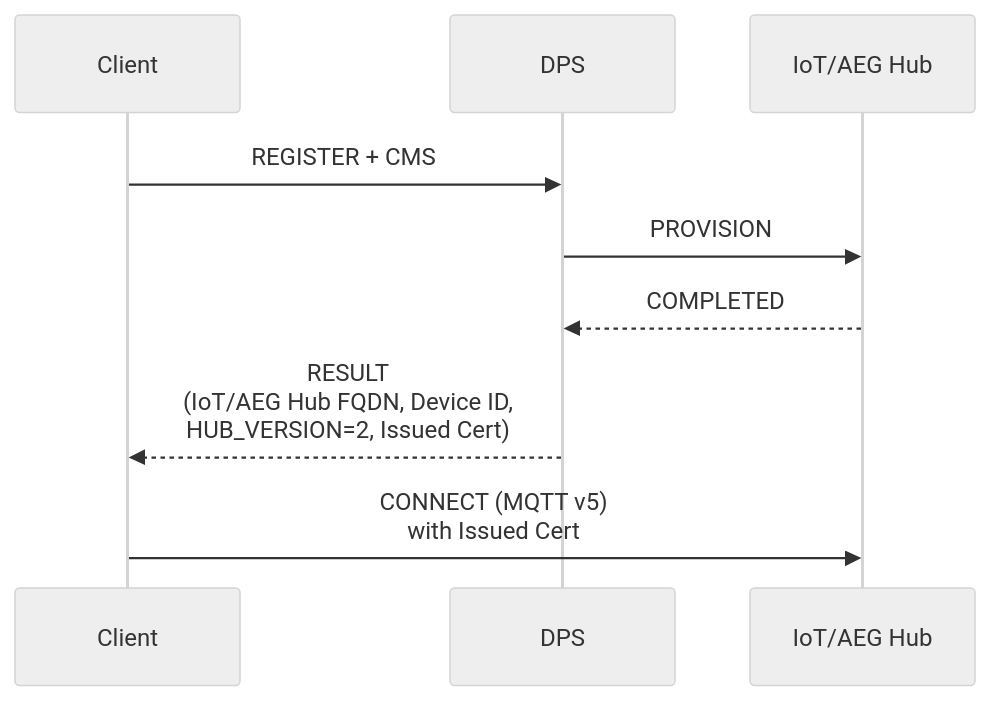
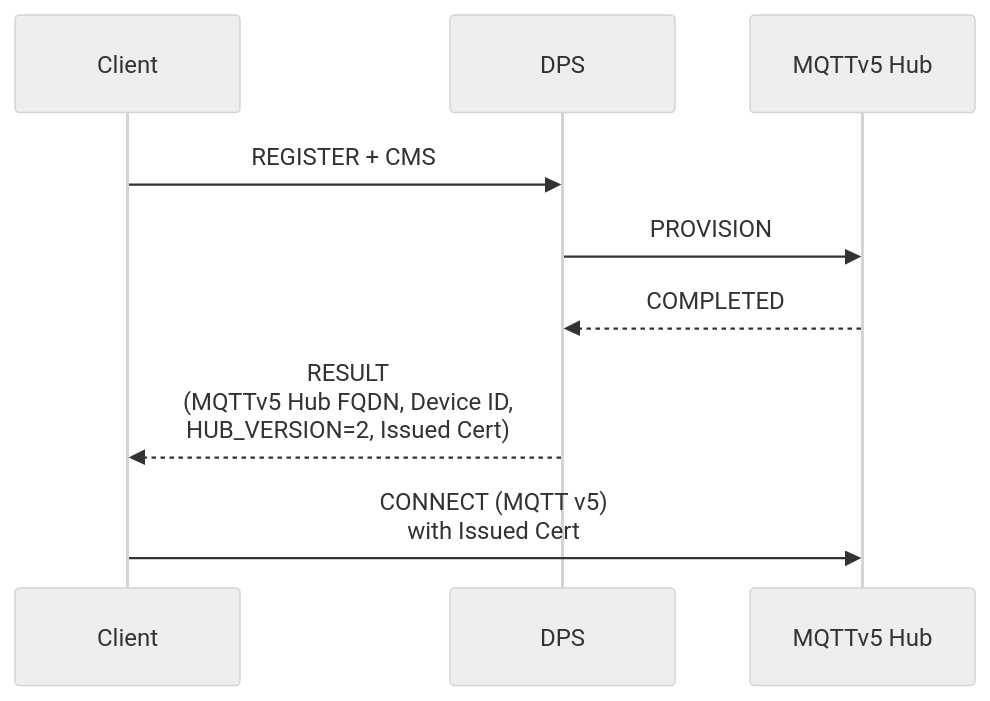
One commit to Azure/azure-iot-sdk changed the second of 2 diagrams in c/docs/dps-integration.md. Above: the diagram before and after it, drawn with Mermaid (neutral theme). The commit also changed other lines of this file and 99 other files, not shown here.

First line of the commit message:
[C] Rename Classic/Next/AEG to MQTTv3/MQTTv5 (#274)

````diff
--- a/c/docs/dps-integration.md
+++ b/c/docs/dps-integration.md
@@ -45,12 +52,12 @@
 ```mermaid
 sequenceDiagram
     participant Client
     participant DPS
-    participant IoT/AEG Hub
+    participant MQTTv5 Hub
 
     Client->>DPS: REGISTER + CMS
-    DPS->>IoT/AEG Hub: PROVISION
-    IoT/AEG Hub-->>DPS: COMPLETED
-    DPS-->>Client: RESULT<br/>(IoT/AEG Hub FQDN, Device ID,<br/>HUB_VERSION=2, Issued Cert)
-    Client->>IoT/AEG Hub: CONNECT (MQTT v5)<br/>with Issued Cert
+    DPS->>MQTTv5 Hub: PROVISION
+    MQTTv5 Hub-->>DPS: COMPLETED
+    DPS-->>Client: RESULT<br/>(MQTTv5 Hub FQDN, Device ID,<br/>HUB_VERSION=2, Issued Cert)
+    Client->>MQTTv5 Hub: CONNECT (MQTT v5)<br/>with Issued Cert
 ```
````
